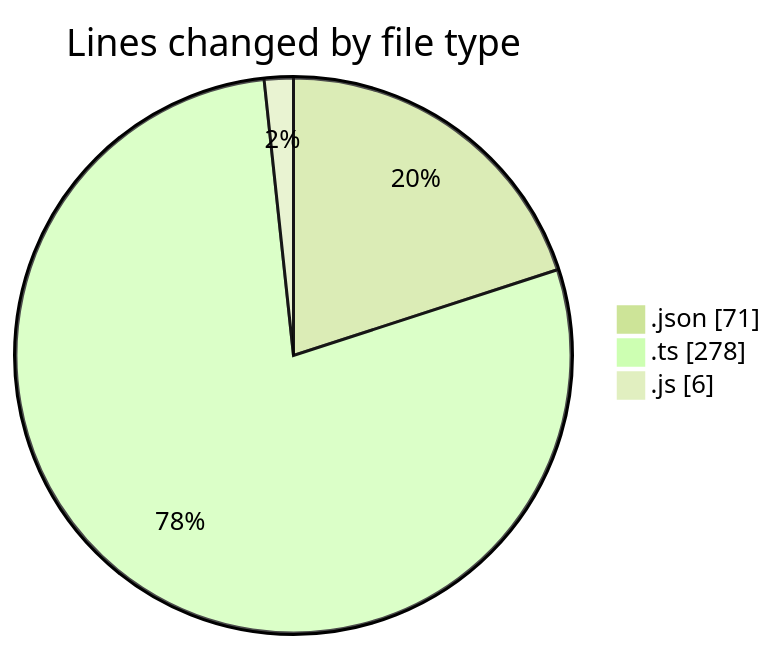
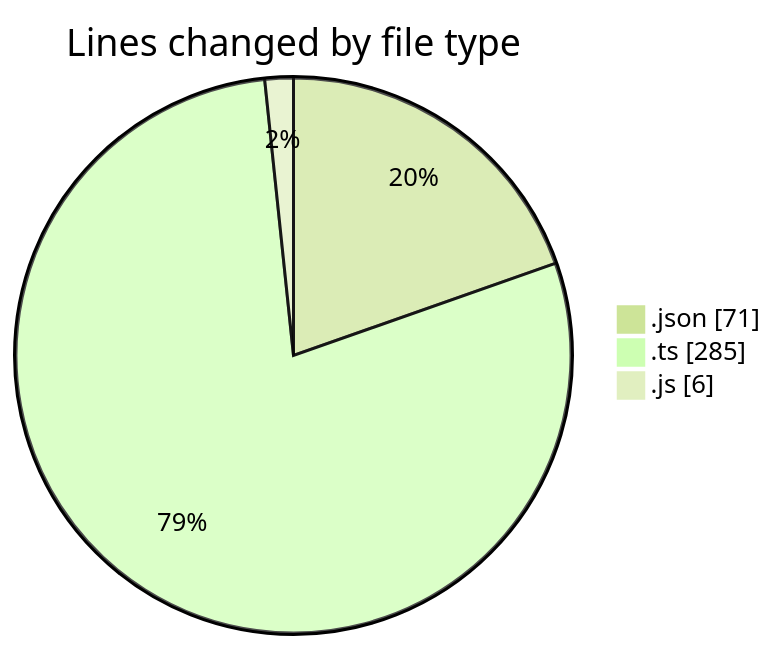
One commit to momahboobian/code-tracking changed the first of 2 diagrams in 2025-02-06/cda/README.md. Above: the diagram before and after it, drawn with Mermaid (forest theme). The commit also changed other lines of this file and 1 other file, not shown here.

````diff
--- a/2025-02-06/cda/README.md
+++ b/2025-02-06/cda/README.md
@@ -25,7 +25,7 @@
 ```mermaid
 pie showData
 title Lines changed by file type
 ".json" : 71
-".ts" : 278
+".ts" : 285
 ".js" : 6
 ```
````
